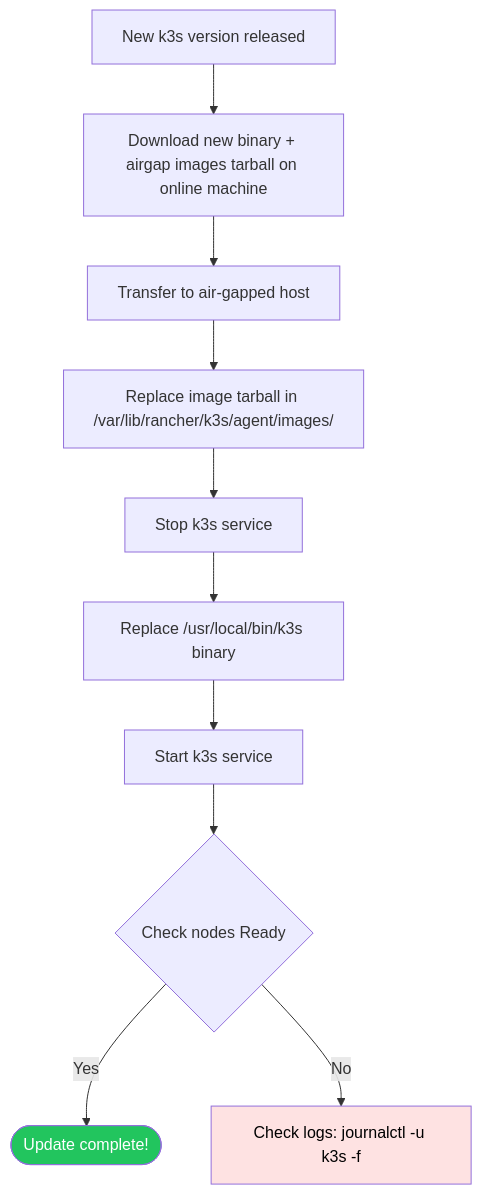
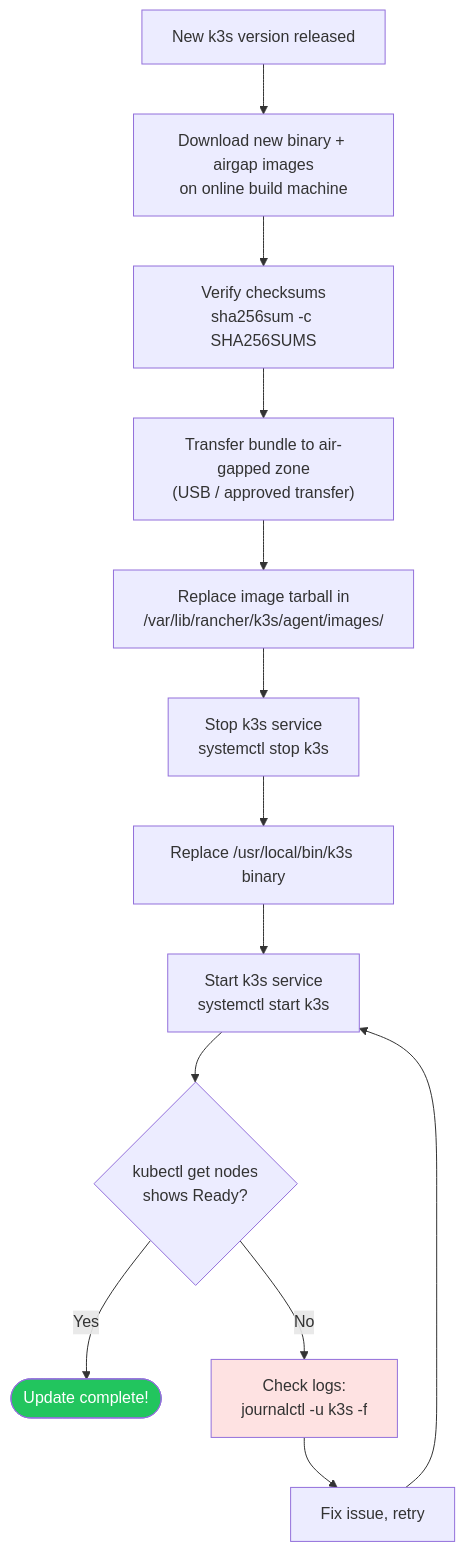
One commit to UncleJS/course_k3s changed the fourth of 4 diagrams in 02_installation/03_airgap_install.md. Above: the diagram before and after it, drawn with Mermaid. The commit also changed other lines of this file and 45 other files, not shown here.

First line of the commit message:
Expand all course lessons: Mermaid diagrams + rich prose across 43 files

````diff
--- a/02_installation/03_airgap_install.md
+++ b/02_installation/03_airgap_install.md
@@ -284,15 +548,18 @@
 ```mermaid
 flowchart TD
-    A[New k3s version released] --> B[Download new binary + airgap images tarball on online machine]
-    B --> C[Transfer to air-gapped host]
-    C --> D[Replace image tarball in /var/lib/rancher/k3s/agent/images/]
-    D --> E[Stop k3s service]
-    E --> F[Replace /usr/local/bin/k3s binary]
-    F --> G[Start k3s service]
-    G --> H{Check nodes Ready}
-    H -->|Yes| DONE([Update complete!])
-    H -->|No| LOGS[Check logs: journalctl -u k3s -f]
+    A["New k3s version released"] --> B["Download new binary + airgap images<br/>on online build machine"]
+    B --> C["Verify checksums<br/>sha256sum -c SHA256SUMS"]
+    C --> D["Transfer bundle to air-gapped zone<br/>(USB / approved transfer)"]
+    D --> E["Replace image tarball in<br/>/var/lib/rancher/k3s/agent/images/"]
+    E --> F["Stop k3s service<br/>systemctl stop k3s"]
+    F --> G["Replace /usr/local/bin/k3s binary"]
+    G --> H["Start k3s service<br/>systemctl start k3s"]
+    H --> I{"kubectl get nodes<br/>shows Ready?"}
+    I -->|"Yes"| DONE(["Update complete!"])
+    I -->|"No"| LOGS["Check logs:<br/>journalctl -u k3s -f"]
+    LOGS --> FIX["Fix issue, retry"]
+    FIX --> H
 
     style DONE fill:#22c55e,color:#fff
-    style LOGS fill:#fee2e2,color:#000
+    style LOGS fill:#fee2e2
 ```
````
